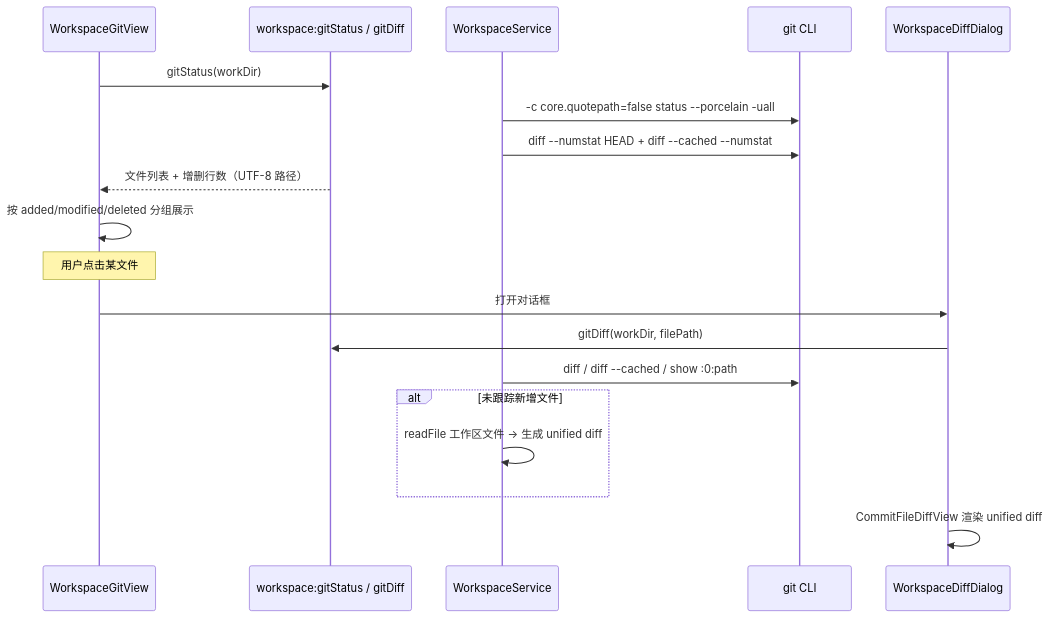
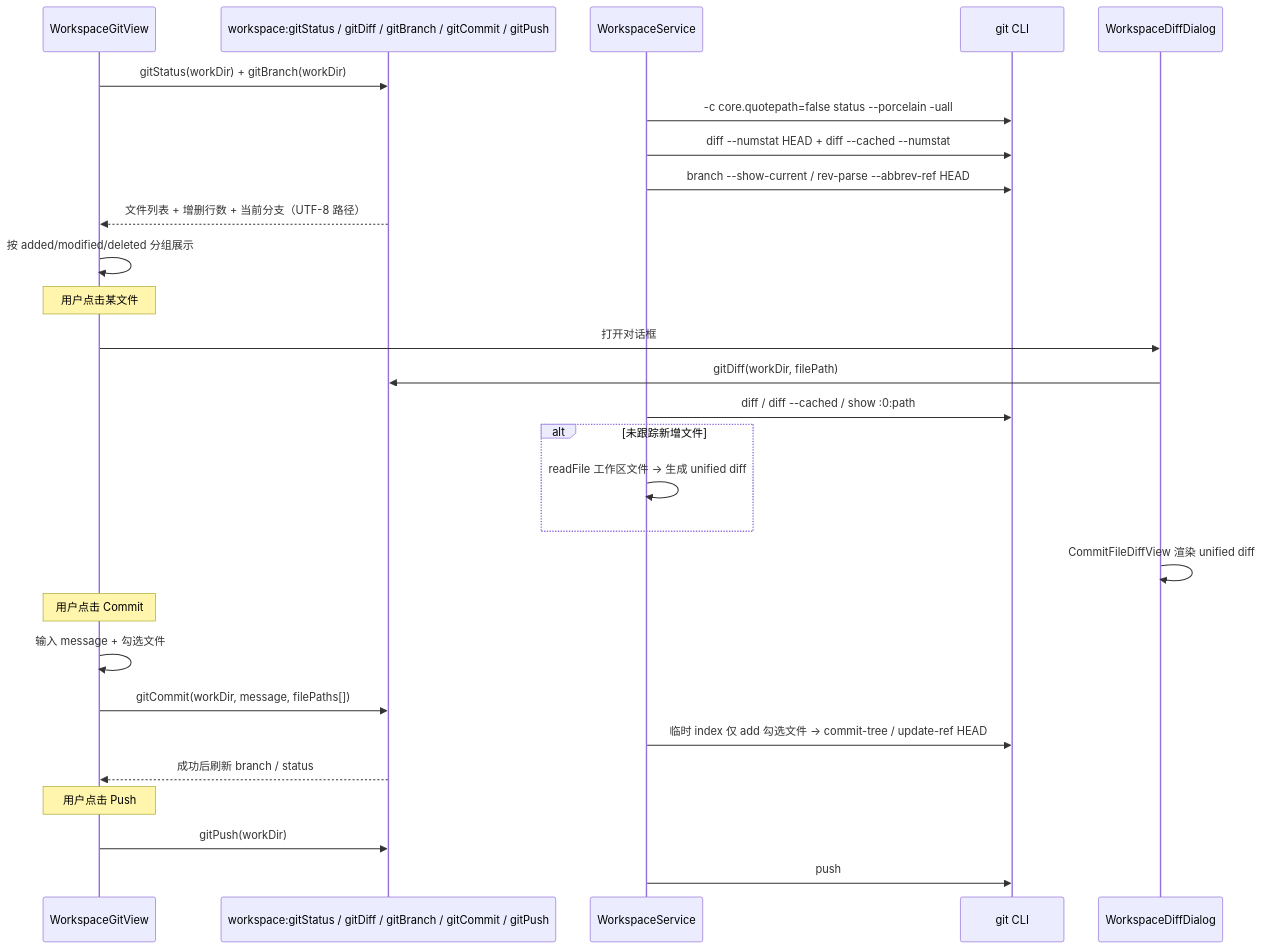
Before and after one commit to Landers1037/NioZy: the fourth of 4 diagrams in docs/功能工作区.md, drawn with Mermaid. The commit also changed other lines of this file and 12 other files, not shown here.

Commit message:
feat: enhance workspace git panel

````diff
--- a/docs/功能工作区.md
+++ b/docs/功能工作区.md
@@ -127,23 +130,34 @@
 ```mermaid
 sequenceDiagram
   participant UI as WorkspaceGitView
-  participant API as workspace:gitStatus / gitDiff
+  participant API as workspace:gitStatus / gitDiff / gitBranch / gitCommit / gitPush
   participant Ws as WorkspaceService
   participant Git as git CLI
   participant Diff as WorkspaceDiffDialog
 
-  UI->>API: gitStatus(workDir)
+  UI->>API: gitStatus(workDir) + gitBranch(workDir)
   Ws->>Git: -c core.quotepath=false status --porcelain -uall
   Ws->>Git: diff --numstat HEAD + diff --cached --numstat
-  API-->>UI: 文件列表 + 增删行数（UTF-8 路径）
+  Ws->>Git: branch --show-current / rev-parse --abbrev-ref HEAD
+  API-->>UI: 文件列表 + 增删行数 + 当前分支（UTF-8 路径）
   UI->>UI: 按 added/modified/deleted 分组展示
 
   Note over UI: 用户点击某文件
   UI->>Diff: 打开对话框
   Diff->>API: gitDiff(workDir, filePath)
   Ws->>Git: diff / diff --cached / show :0:path
   alt 未跟踪新增文件
     Ws->>Ws: readFile 工作区文件 → 生成 unified diff
   end
   Diff->>Diff: CommitFileDiffView 渲染 unified diff
+
+  Note over UI: 用户点击 Commit
+  UI->>UI: 输入 message + 勾选文件
+  UI->>API: gitCommit(workDir, message, filePaths[])
+  Ws->>Git: 临时 index 仅 add 勾选文件 → commit-tree / update-ref HEAD
+  API-->>UI: 成功后刷新 branch / status
+
+  Note over UI: 用户点击 Push
+  UI->>API: gitPush(workDir)
+  Ws->>Git: push
 ```
````
